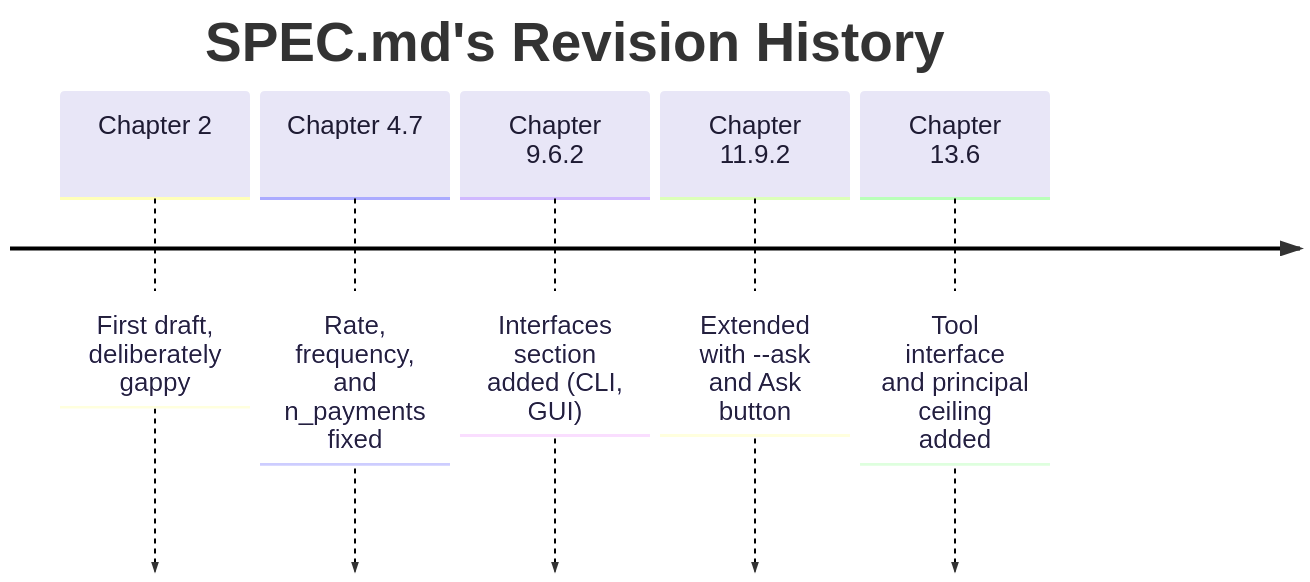
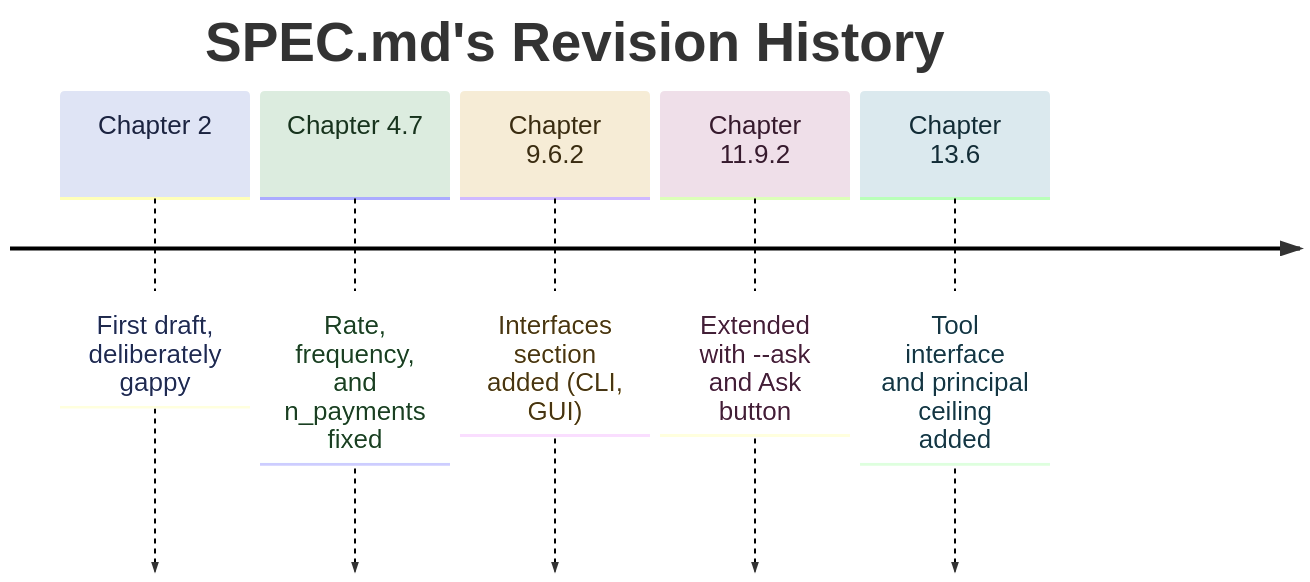
Before and after one commit to rioffe/intro_to_ai_software_engineering: the fourth of 4 diagrams in manuscript/14-hardening.md, drawn with Mermaid. The commit also changed 7 other files, not shown here.

````diff
--- a/manuscript/14-hardening.md
+++ b/manuscript/14-hardening.md
@@ -372,24 +372,24 @@
 ```mermaid
 ---
 config:
   themeVariables:
     fontSize: 26px
-    cScale0: '#e8e6f7'
-    cScaleLabel0: '#1e1b33'
-    cScale1: '#e8e6f7'
-    cScaleLabel1: '#1e1b33'
-    cScale2: '#e8e6f7'
-    cScaleLabel2: '#1e1b33'
-    cScale3: '#e8e6f7'
-    cScaleLabel3: '#1e1b33'
-    cScale4: '#e8e6f7'
-    cScaleLabel4: '#1e1b33'
+    cScale0: '#dfe4f5'
+    cScaleLabel0: '#1b2340'
+    cScale1: '#dcecdf'
+    cScaleLabel1: '#17331d'
+    cScale2: '#f6ecd6'
+    cScaleLabel2: '#3a2c11'
+    cScale3: '#efdfe9'
+    cScaleLabel3: '#361a2d'
+    cScale4: '#dbe9ee'
+    cScaleLabel4: '#122c36'
 ---
 timeline
     title SPEC.md's Revision History
     Chapter 2 : First draft, deliberately gappy
     Chapter 4.7 : Rate, frequency, and n_payments fixed
     Chapter 9.6.2 : Interfaces section added (CLI, GUI)
     Chapter 11.9.2 : Extended with --ask and Ask button
     Chapter 13.6 : Tool interface and principal ceiling added
 ```
````
